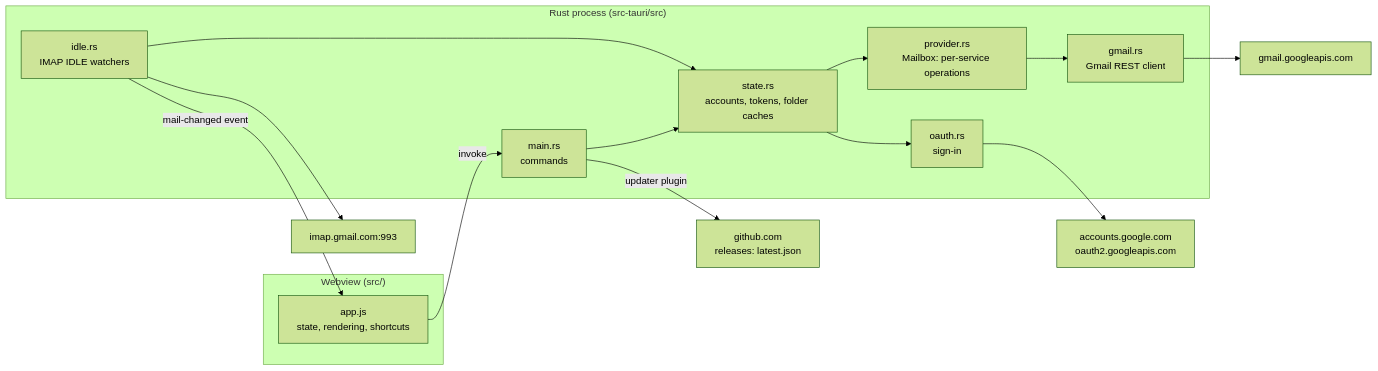
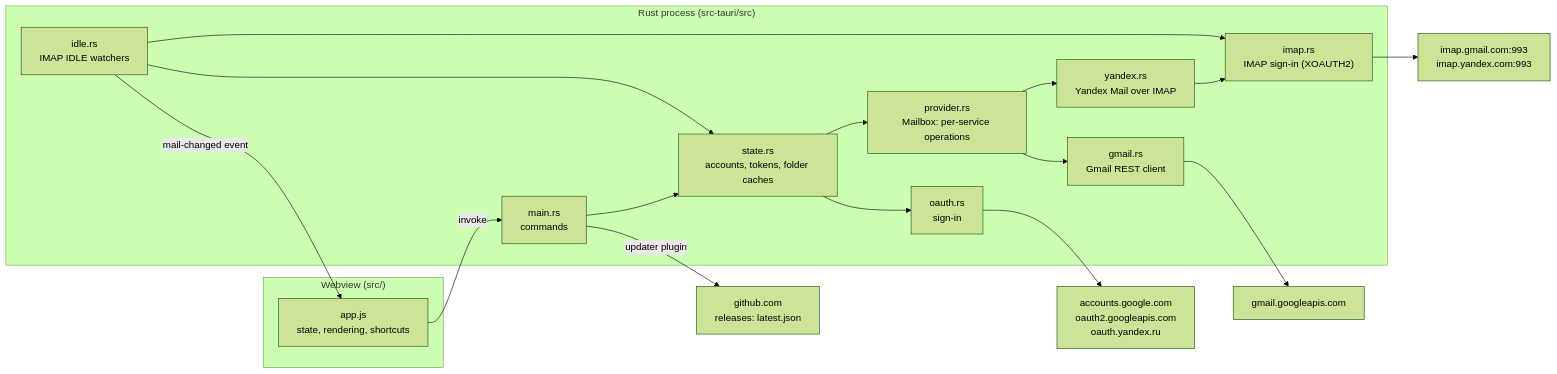
One commit to andeliseev/unified-mail changed the diagram in docs/architecture.md. Above: the diagram before and after it, drawn with Mermaid (forest theme). The commit also changed other lines of this file and 16 other files, not shown here.

First line of the commit message:
Yandex Mail accounts (work in progress): app-password sign-in and reading

````diff
--- a/docs/architecture.md
+++ b/docs/architecture.md
@@ -5,25 +5,30 @@
 ```mermaid
 flowchart LR
   subgraph Webview["Webview (src/)"]
     UI["app.js<br/>state, rendering, shortcuts"]
   end
   subgraph Rust["Rust process (src-tauri/src)"]
     Main["main.rs<br/>commands"]
     State["state.rs<br/>accounts, tokens, folder caches"]
     Provider["provider.rs<br/>Mailbox: per-service operations"]
     Gmail["gmail.rs<br/>Gmail REST client"]
+    Yandex["yandex.rs<br/>Yandex Mail over IMAP"]
+    Imap["imap.rs<br/>IMAP sign-in (XOAUTH2)"]
     OAuth["oauth.rs<br/>sign-in"]
     Idle["idle.rs<br/>IMAP IDLE watchers"]
   end
   UI -- invoke --> Main
   Idle -- "mail-changed event" --> UI
   Main --> State
   State --> Provider
   Provider --> Gmail
+  Provider --> Yandex
+  Yandex --> Imap
   State --> OAuth
   Idle --> State
   Gmail --> GAPI["gmail.googleapis.com"]
-  OAuth --> GAUTH["accounts.google.com<br/>oauth2.googleapis.com"]
-  Idle --> IMAP["imap.gmail.com:993"]
+  OAuth --> GAUTH["accounts.google.com<br/>oauth2.googleapis.com<br/>oauth.yandex.ru"]
+  Idle --> Imap
+  Imap --> IMAP["imap.gmail.com:993<br/>imap.yandex.com:993"]
   Main -- "updater plugin" --> GH["github.com<br/>releases: latest.json"]
 ```
````
